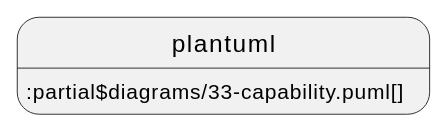
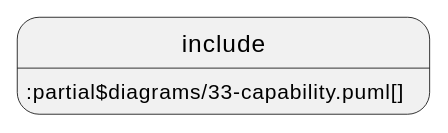
One commit to acplt/aas-specs changed the sixth of 18 diagrams in documentation/IDTA-01001/modules/ROOT/pages/spec-metamodel/submodel-elements.adoc. Above: the diagram before and after it, drawn with PlantUML. The commit also changed other lines of this file and 14 other files, not shown here.

First line of the commit message:
Revert "Use plantuml instead of include and test ./"

```diff
--- a/documentation/IDTA-01001/modules/ROOT/pages/spec-metamodel/submodel-elements.adoc
+++ b/documentation/IDTA-01001/modules/ROOT/pages/spec-metamodel/submodel-elements.adoc
@@ -313,4 +313,4 @@
 [plantuml, 33-capability, svg]
 ....
-plantuml::partial$diagrams/33-capability.puml[]
+include::partial$diagrams/33-capability.puml[]
 ....
```
